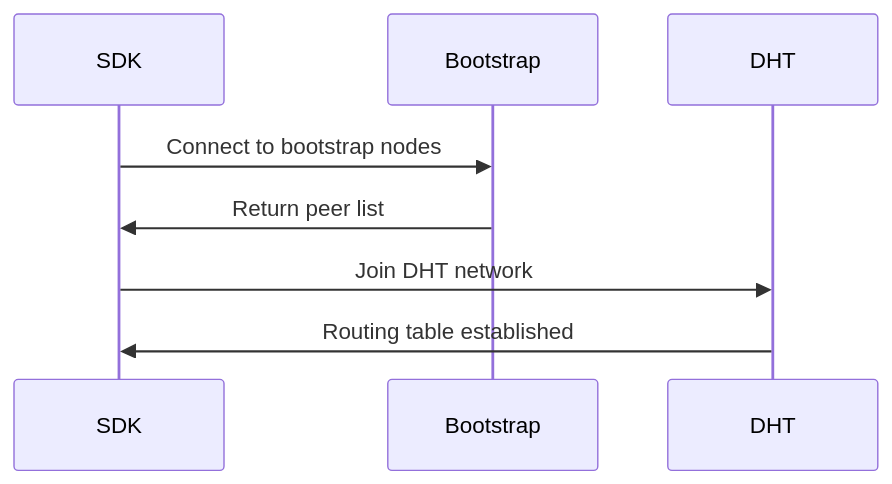
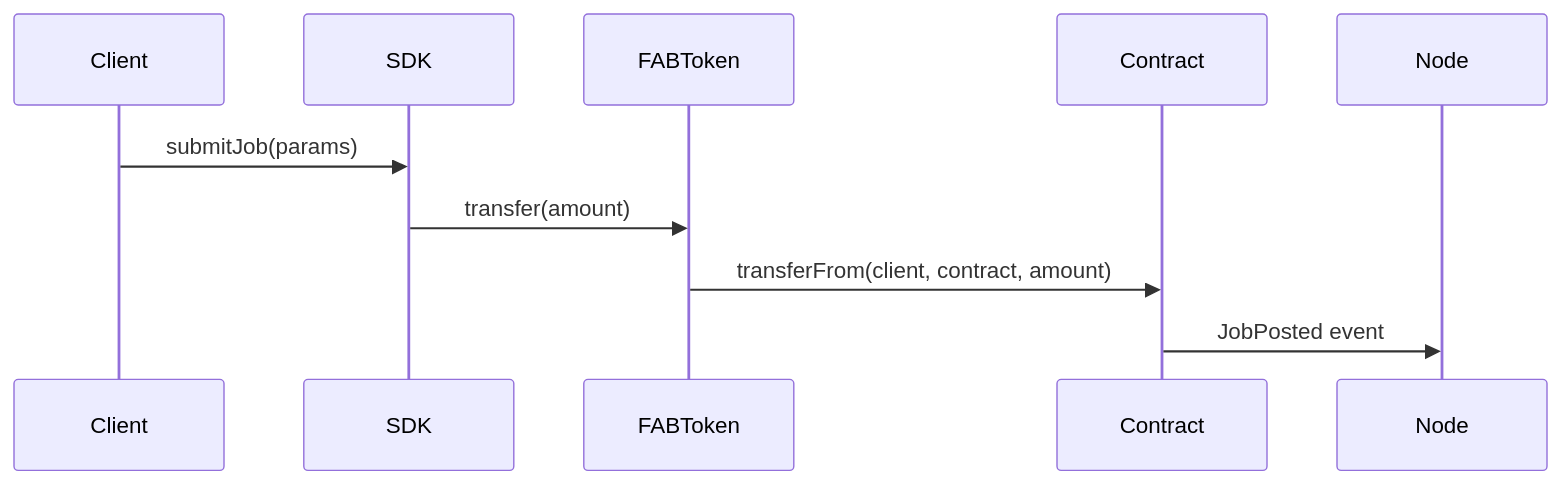
Before and after one commit to Fabstir/fabstir-llm-sdk: the third of 9 diagrams in docs/ARCHITECTURE.md, drawn with Mermaid. The commit also changed other lines of this file and 5 other files, not shown here.

````diff
--- a/docs/ARCHITECTURE.md
+++ b/docs/ARCHITECTURE.md
@@ -177,11 +254,7 @@
 ```mermaid
 sequenceDiagram
-    participant SDK
-    participant Bootstrap
-    participant DHT
-    
-    SDK->>Bootstrap: Connect to bootstrap nodes
-    Bootstrap->>SDK: Return peer list
-    SDK->>DHT: Join DHT network
-    DHT->>SDK: Routing table established
+    Client->>SDK: submitJob(params)
+    SDK->>FABToken: transfer(amount)
+    FABToken->>Contract: transferFrom(client, contract, amount)
+    Contract->>Node: JobPosted event
 ```
````
